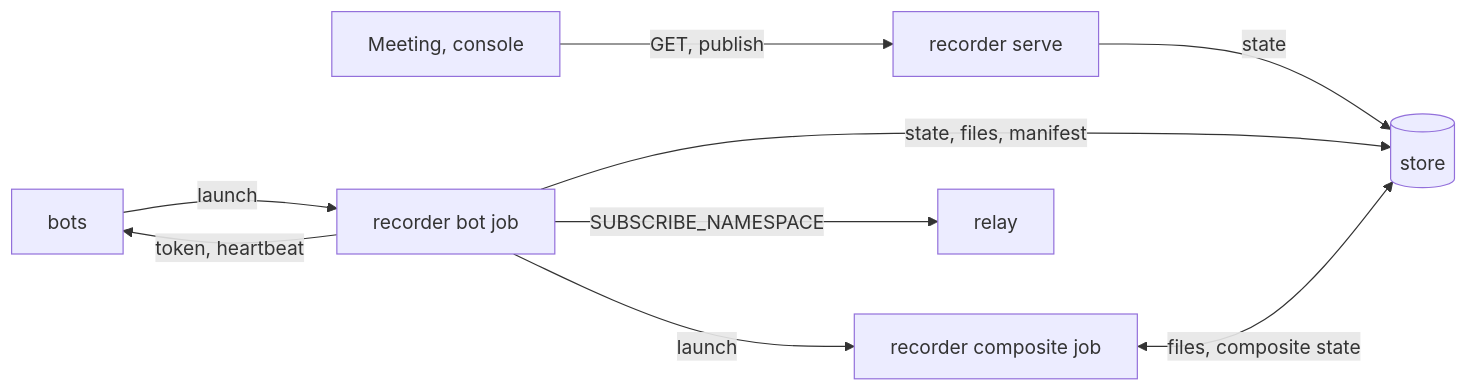
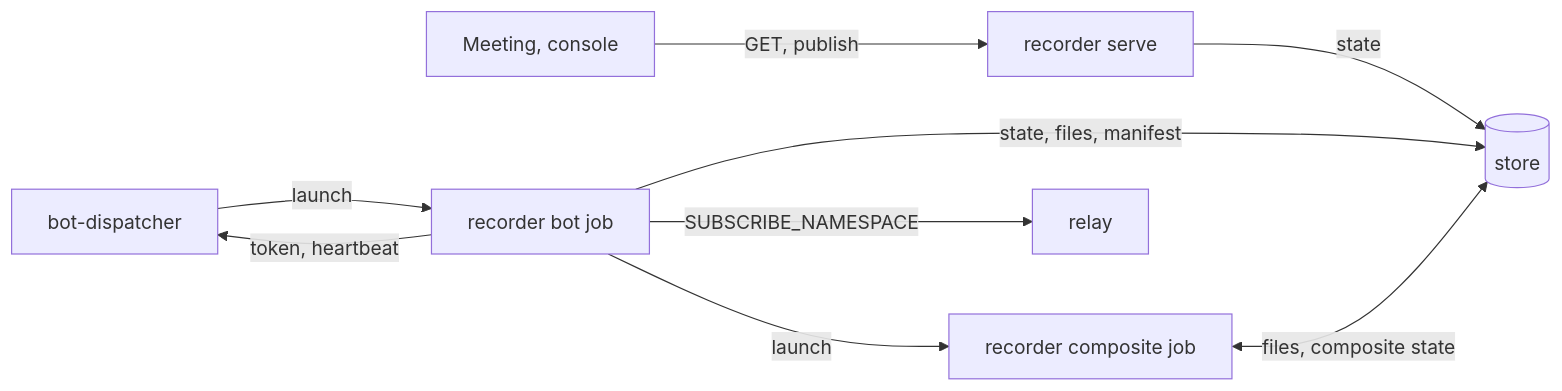
One commit to nttcom/moq-wasm changed the diagram in docs/architecture/recorder/architecture.md. Above: the diagram before and after it, drawn with Mermaid. The commit also changed other lines of this file and 81 other files, not shown here.

First line of the commit message:
refactor(bot-dispatcher): rename the bots service to bot-dispatcher (#1809)

````diff
--- a/docs/architecture/recorder/architecture.md
+++ b/docs/architecture/recorder/architecture.md
@@ -299,11 +299,11 @@
 ```mermaid
 flowchart LR
-  bots[bots] -->|launch| record[recorder bot job]
-  record -->|token, heartbeat| bots
+  dispatcher[bot-dispatcher] -->|launch| record[recorder bot job]
+  record -->|token, heartbeat| dispatcher
   record -->|launch| composite[recorder composite job]
   meeting[Meeting, console] -->|GET, publish| api[recorder serve]
   api -->|state| store[(store)]
   record -->|state, files, manifest| store
   composite <-->|files, composite state| store
   record -->|SUBSCRIBE_NAMESPACE| relay[relay]
 ```
````
